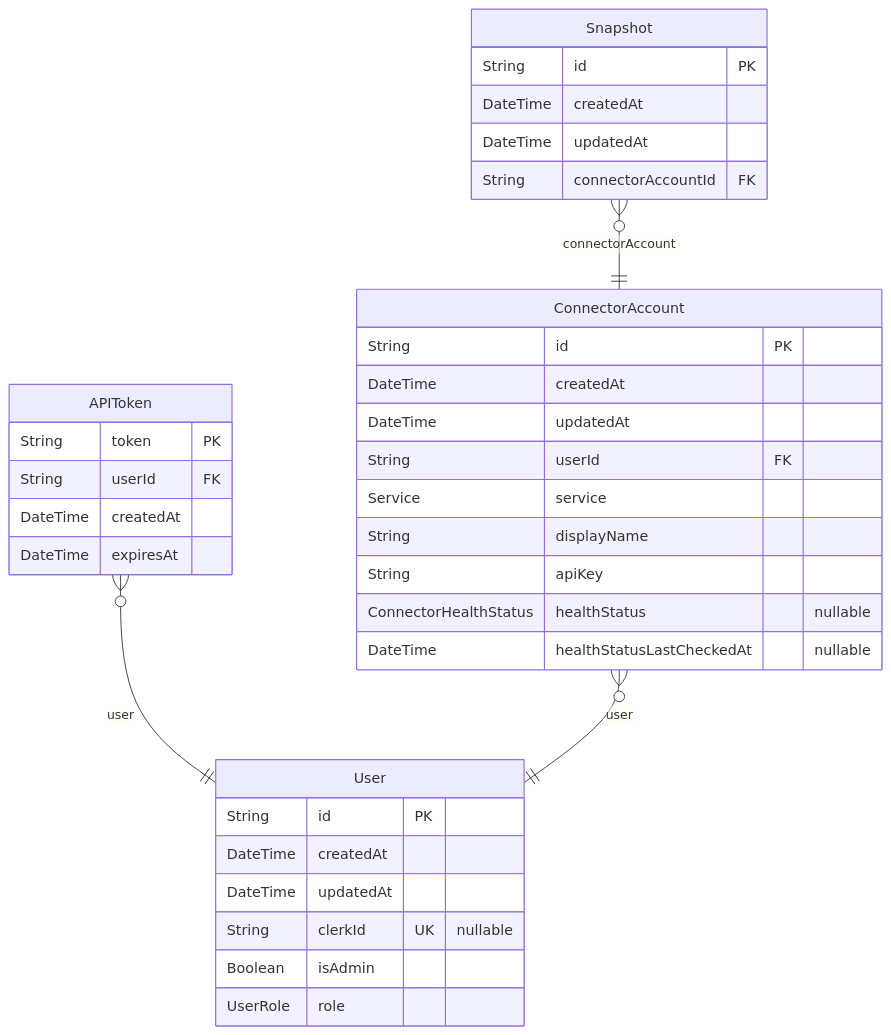
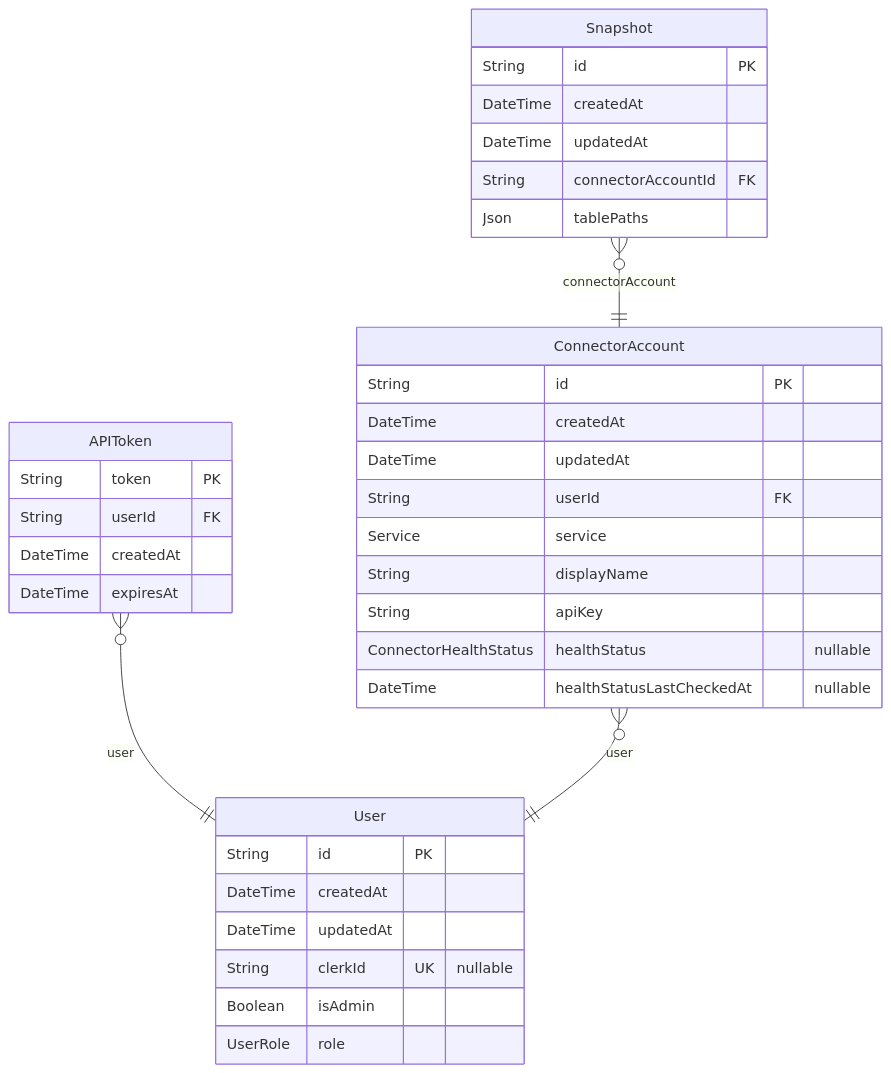
One commit to whalesync/scratch-cli changed the diagram in server/prisma/ERD.md. Above: the diagram before and after it, drawn with Mermaid. The commit also changed other lines of this file and 10 other files, not shown here.

````diff
--- a/server/prisma/ERD.md
+++ b/server/prisma/ERD.md
@@ -9,37 +9,38 @@
 ```mermaid
 erDiagram
 "User" {
   String id PK
   DateTime createdAt
   DateTime updatedAt
   String clerkId UK "nullable"
   Boolean isAdmin
   UserRole role
 }
 "APIToken" {
   String token PK
   String userId FK
   DateTime createdAt
   DateTime expiresAt
 }
 "ConnectorAccount" {
   String id PK
   DateTime createdAt
   DateTime updatedAt
   String userId FK
   Service service
   String displayName
   String apiKey
   ConnectorHealthStatus healthStatus "nullable"
   DateTime healthStatusLastCheckedAt "nullable"
 }
 "Snapshot" {
   String id PK
   DateTime createdAt
   DateTime updatedAt
   String connectorAccountId FK
+  Json tablePaths
 }
 "APIToken" }o--|| "User" : user
 "ConnectorAccount" }o--|| "User" : user
 "Snapshot" }o--|| "ConnectorAccount" : connectorAccount
 ```
````
